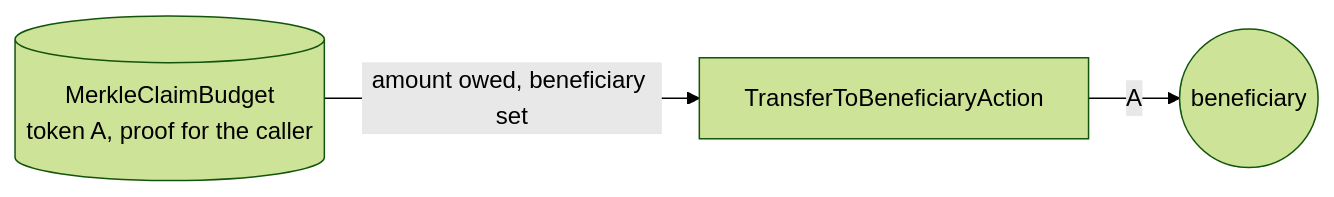
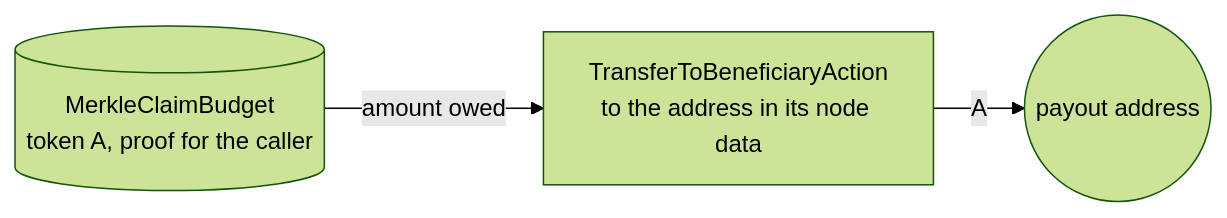
One commit to antfarm-official/tree-capital changed the sixth of 10 diagrams in README.md. Above: the diagram before and after it, drawn with Mermaid (forest theme). The commit also changed other lines of this file and 9 other files, not shown here.

````diff
--- a/README.md
+++ b/README.md
@@ -314,9 +320,9 @@
 ```mermaid
 flowchart LR
     budget[("MerkleClaimBudget<br/>token A, proof for the caller")]
-    pay["TransferToBeneficiaryAction"]
-    who(("beneficiary"))
+    pay["TransferToBeneficiaryAction<br/>to the address in its node data"]
+    who(("payout address"))
 
-    budget -- "amount owed, beneficiary set" --> pay
+    budget -- "amount owed" --> pay
     pay -- "A" --> who
 ```
````
